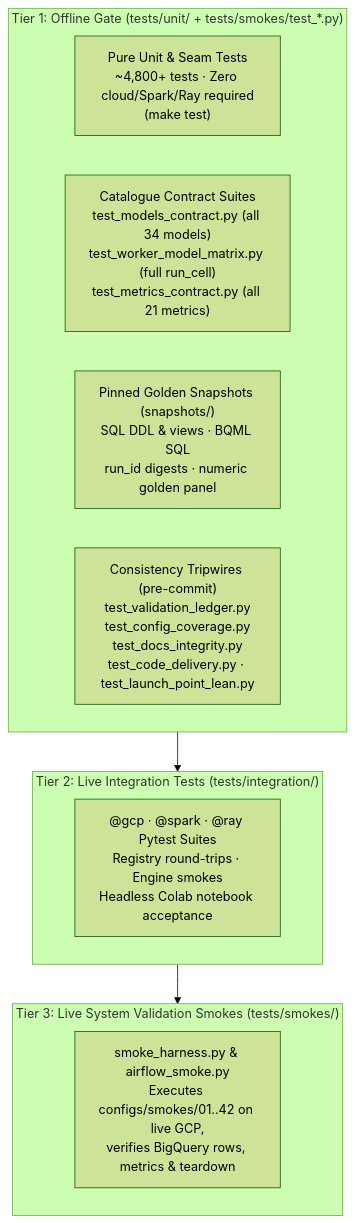
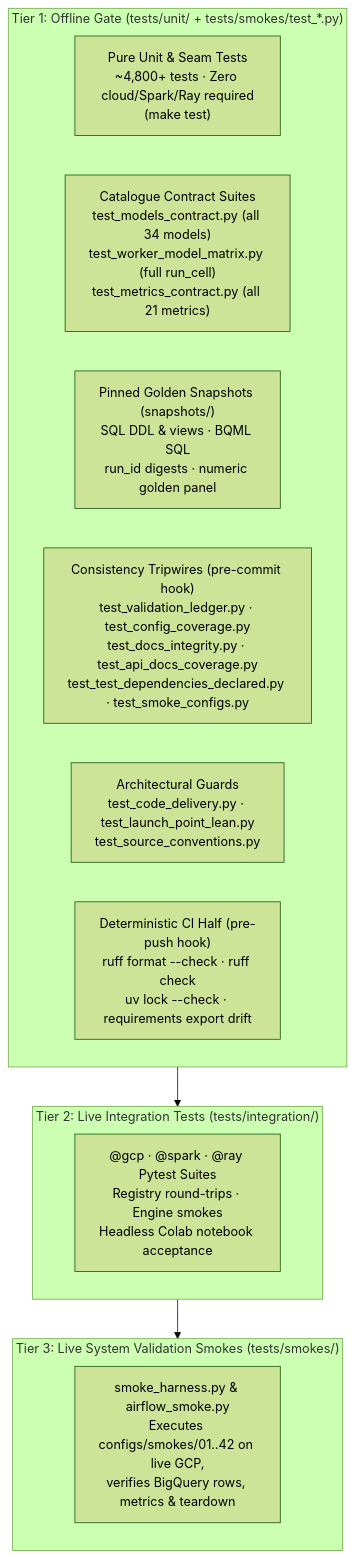
Before and after one commit to statmike/scale-forecasting: the diagram in tests/README.md, drawn with Mermaid (forest theme). The commit also changed other lines of this file and 10 other files, not shown here.

First line of the commit message:
fix(ci): declare pymdown-extensions for the docs tripwire, widen the cross-machine snapshot band with observed evidence, and add pre-push + test-dependency guards

````diff
--- a/tests/README.md
+++ b/tests/README.md
@@ -5,20 +5,22 @@
 ```mermaid
 flowchart TB
     subgraph offline["Tier 1: Offline Gate (tests/unit/ + tests/smokes/test_*.py)"]
         direction LR
         unit["Pure Unit & Seam Tests<br/>~4,800+ tests · Zero cloud/Spark/Ray required<br/>(make test)"]
         contracts["Catalogue Contract Suites<br/>test_models_contract.py (all 34 models)<br/>test_worker_model_matrix.py (full run_cell)<br/>test_metrics_contract.py (all 21 metrics)"]
         snaps["Pinned Golden Snapshots (snapshots/)<br/>SQL DDL & views · BQML SQL<br/>run_id digests · numeric golden panel"]
-        trips["Consistency Tripwires (pre-commit)<br/>test_validation_ledger.py<br/>test_config_coverage.py<br/>test_docs_integrity.py<br/>test_code_delivery.py · test_launch_point_lean.py"]
+        trips["Consistency Tripwires (pre-commit hook)<br/>test_validation_ledger.py · test_config_coverage.py<br/>test_docs_integrity.py · test_api_docs_coverage.py<br/>test_test_dependencies_declared.py · test_smoke_configs.py"]
+        guards["Architectural Guards<br/>test_code_delivery.py · test_launch_point_lean.py<br/>test_source_conventions.py"]
+        push["Deterministic CI Half (pre-push hook)<br/>ruff format --check · ruff check<br/>uv lock --check · requirements export drift"]
     end
 
     subgraph integ["Tier 2: Live Integration Tests (tests/integration/)"]
         it["@gcp · @spark · @ray Pytest Suites<br/>Registry round-trips · Engine smokes<br/>Headless Colab notebook acceptance"]
     end
 
     subgraph smokes["Tier 3: Live System Validation Smokes (tests/smokes/)"]
         sh["smoke_harness.py & airflow_smoke.py<br/>Executes configs/smokes/01..42 on live GCP,<br/>verifies BigQuery rows, metrics & teardown"]
     end
 
     offline --> integ --> smokes
 ```
````
